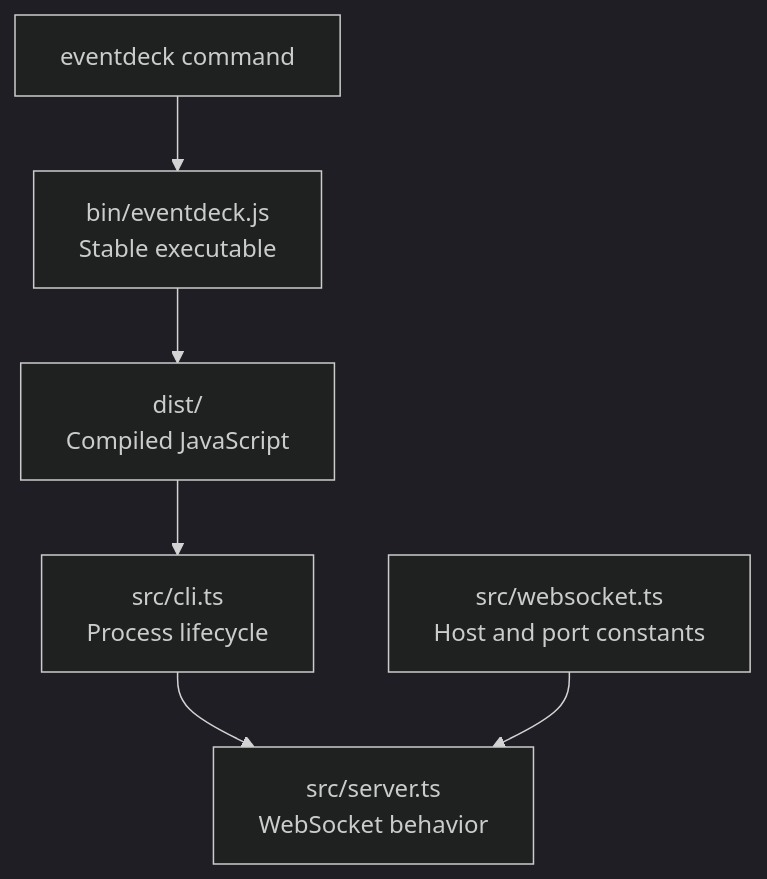
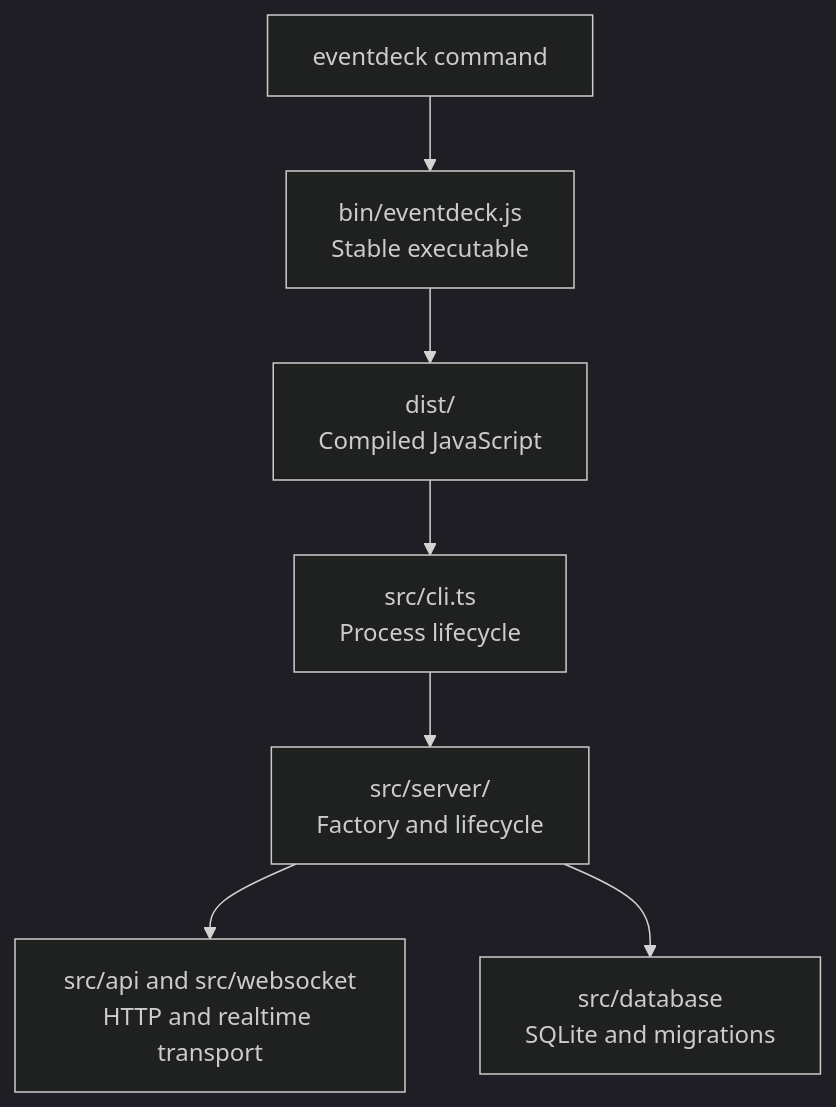
One commit to manishsharma130/eventdeck changed the third of 5 diagrams in docs/architecture.md. Above: the diagram before and after it, drawn with Mermaid (dark theme). The commit also changed other lines of this file and 39 other files, not shown here.

Commit message:
chore: set up EventDeck server foundation with WebSocket support and local development configuration

````diff
--- a/docs/architecture.md
+++ b/docs/architecture.md
@@ -84,15 +84,17 @@
 ```mermaid
 flowchart TD
     Command[eventdeck command]
     Bin[bin/eventdeck.js<br/>Stable executable]
     CLI[src/cli.ts<br/>Process lifecycle]
-    Core[src/server.ts<br/>WebSocket behavior]
-    Network[src/websocket.ts<br/>Host and port constants]
+    Core[src/server/<br/>Factory and lifecycle]
+    Transport[src/api and src/websocket<br/>HTTP and realtime transport]
+    Database[src/database<br/>SQLite and migrations]
     Output[dist/<br/>Compiled JavaScript]
 
     Command --> Bin
     Bin --> Output
     Output --> CLI
     CLI --> Core
-    Network --> Core
+    Core --> Transport
+    Core --> Database
 ```
````
